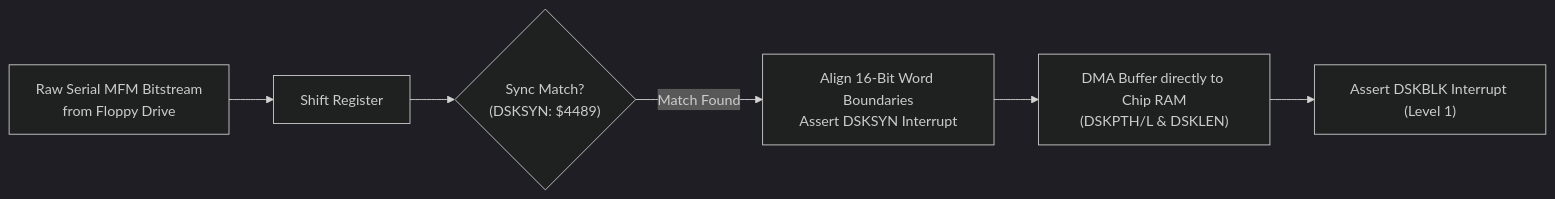
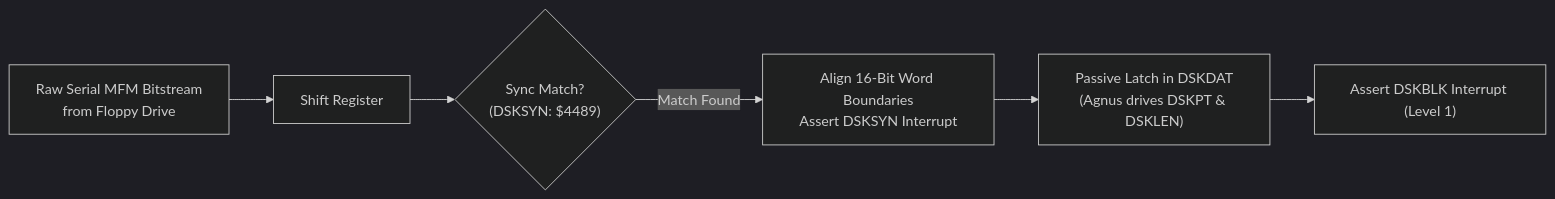
The second of 2 diagrams in Obsidian/Amiga/Design/Paula.md (tomek-anuszkiewicz/amiga-studio), drawn with Mermaid (dark theme) before and after one commit. The commit also changed other lines of this file and 2 other files, not shown here.

````diff
--- a/Obsidian/Amiga/Design/Paula.md
+++ b/Obsidian/Amiga/Design/Paula.md
@@ -138,8 +142,8 @@
 ```mermaid
 flowchart LR
     MFM_IN["Raw Serial MFM Bitstream\nfrom Floppy Drive"] --> SHIFT["Shift Register"]
     SHIFT --> SYNC{"Sync Match?\n(DSKSYN: $4489)"}
     SYNC -->|Match Found| BYTE_SYNC["Align 16-Bit Word Boundaries\nAssert DSKSYN Interrupt"]
-    BYTE_SYNC --> DMA_BUF["DMA Buffer directly to Chip RAM\n(DSKPTH/L & DSKLEN)"]
+    BYTE_SYNC --> DMA_BUF["Passive Latch in DSKDAT\n(Agnus drives DSKPT & DSKLEN)"]
     DMA_BUF --> BLK_DONE["Assert DSKBLK Interrupt (Level 1)"]
 ```
````
